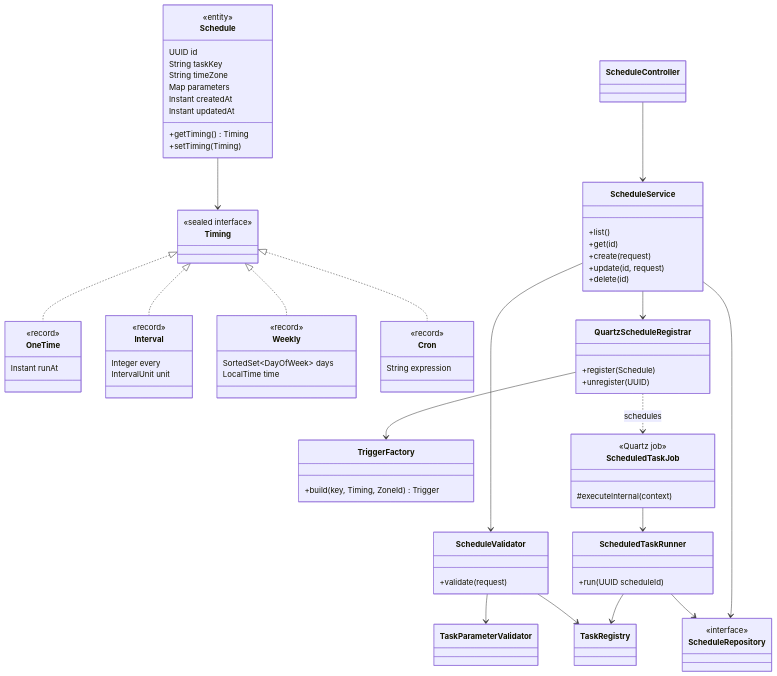
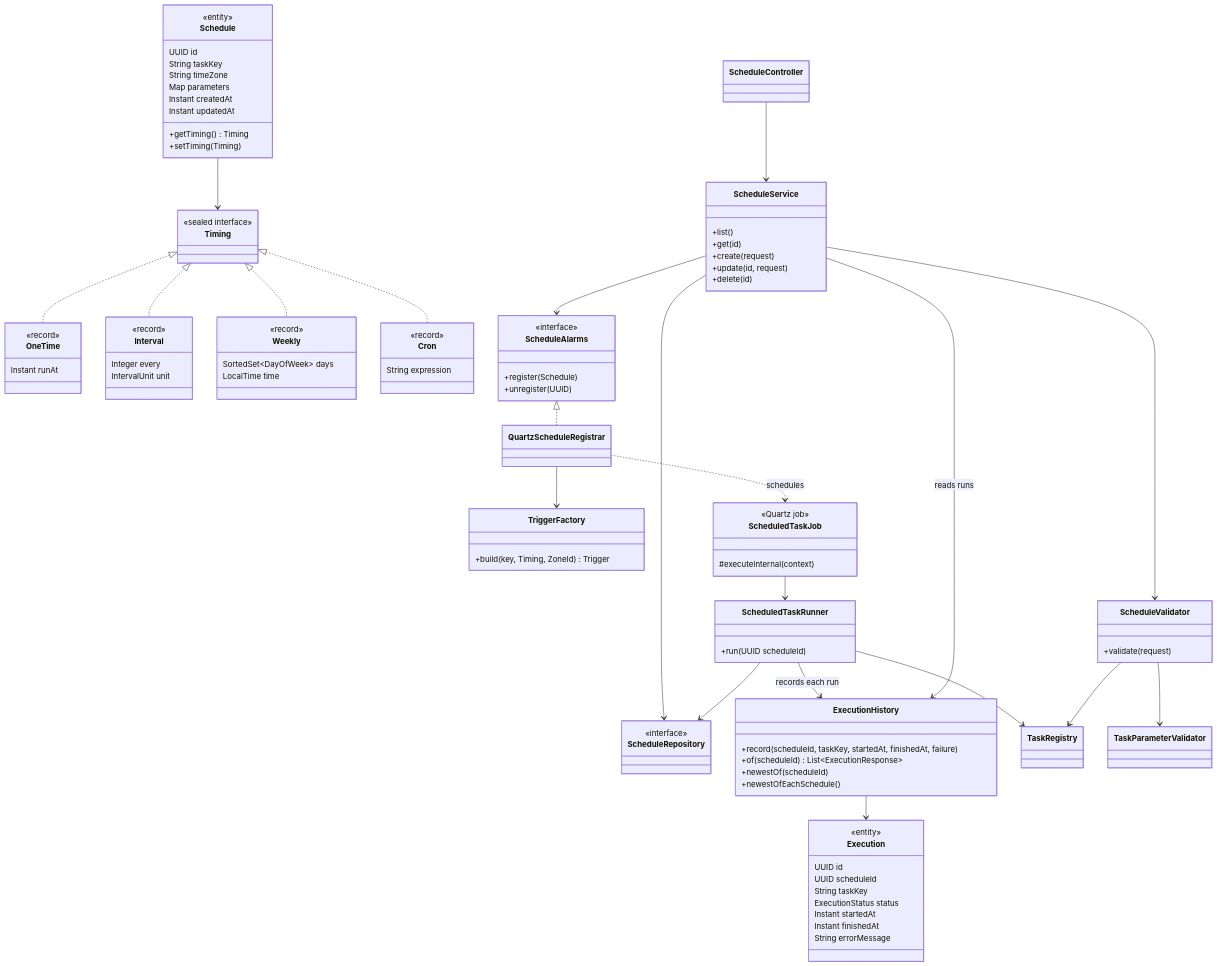
One commit to yuvalzel1/scheduling-system changed the fourth of 12 diagrams in DESIGN.md. Above: the diagram before and after it, drawn with Mermaid. The commit also changed other lines of this file and 39 other files, not shown here.

First line of the commit message:
Add run history; tighten architecture and database rules; fix review findings

```diff
--- a/DESIGN.md
+++ b/DESIGN.md
@@ -231,16 +245,34 @@
     class ScheduleRepository {
         <<interface>>
     }
-    class QuartzScheduleRegistrar {
+    class ScheduleAlarms {
+        <<interface>>
         +register(Schedule)
         +unregister(UUID)
     }
+    class QuartzScheduleRegistrar
     class TriggerFactory {
         +build(key, Timing, ZoneId) Trigger
     }
     class ScheduledTaskJob {
         <<Quartz job>>
         #executeInternal(context)
+    }
+    class ExecutionHistory {
+        +record(scheduleId, taskKey, startedAt, finishedAt, failure)
+        +of(scheduleId) List~ExecutionResponse~
+        +newestOf(scheduleId)
+        +newestOfEachSchedule()
+    }
+    class Execution {
+        <<entity>>
+        UUID id
+        UUID scheduleId
+        String taskKey
+        ExecutionStatus status
+        Instant startedAt
+        Instant finishedAt
+        String errorMessage
     }
     class ScheduledTaskRunner {
         +run(UUID scheduleId)
@@ -249,11 +281,15 @@
     ScheduleController --> ScheduleService
     ScheduleService --> ScheduleValidator
     ScheduleService --> ScheduleRepository
-    ScheduleService --> QuartzScheduleRegistrar
+    ScheduleService --> ScheduleAlarms
+    ScheduleAlarms <|.. QuartzScheduleRegistrar
     QuartzScheduleRegistrar --> TriggerFactory
     QuartzScheduleRegistrar ..> ScheduledTaskJob : schedules
     ScheduledTaskJob --> ScheduledTaskRunner
     ScheduledTaskRunner --> ScheduleRepository
+    ScheduledTaskRunner --> ExecutionHistory : records each run
+    ScheduleService --> ExecutionHistory : reads runs
+    ExecutionHistory --> Execution
     ScheduledTaskRunner --> TaskRegistry
     ScheduleValidator --> TaskRegistry
     ScheduleValidator --> TaskParameterValidator
```
